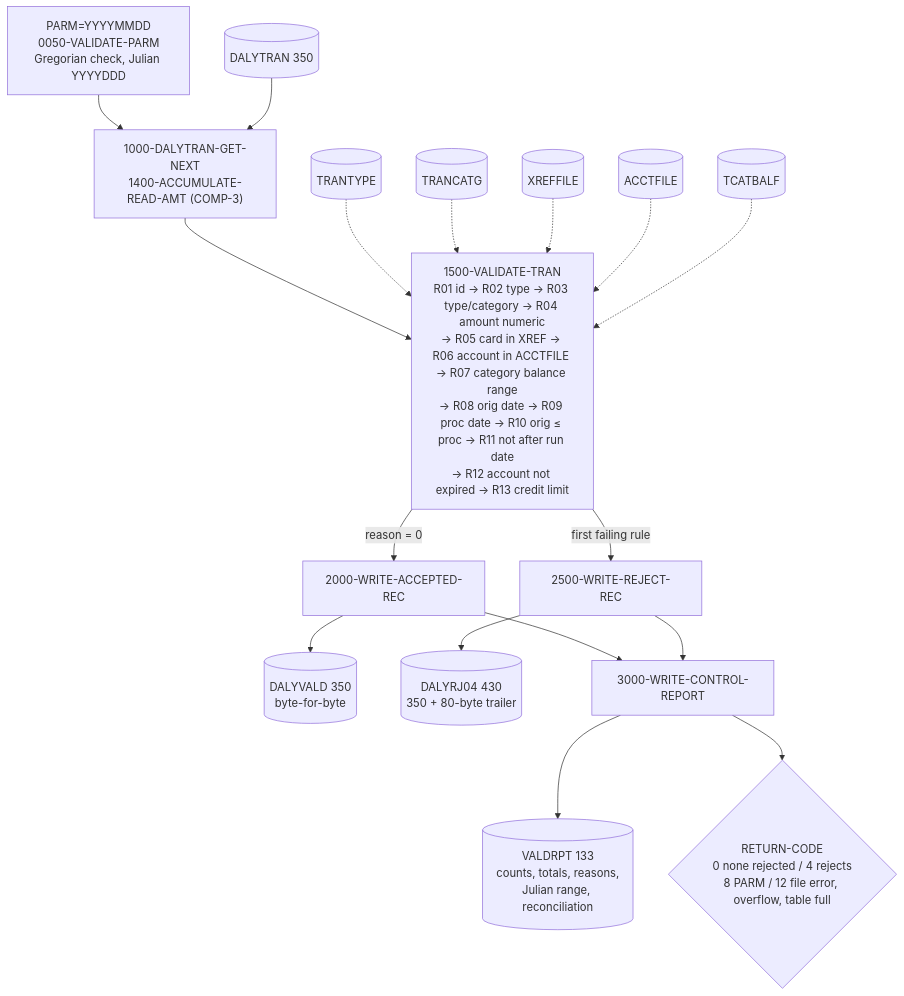
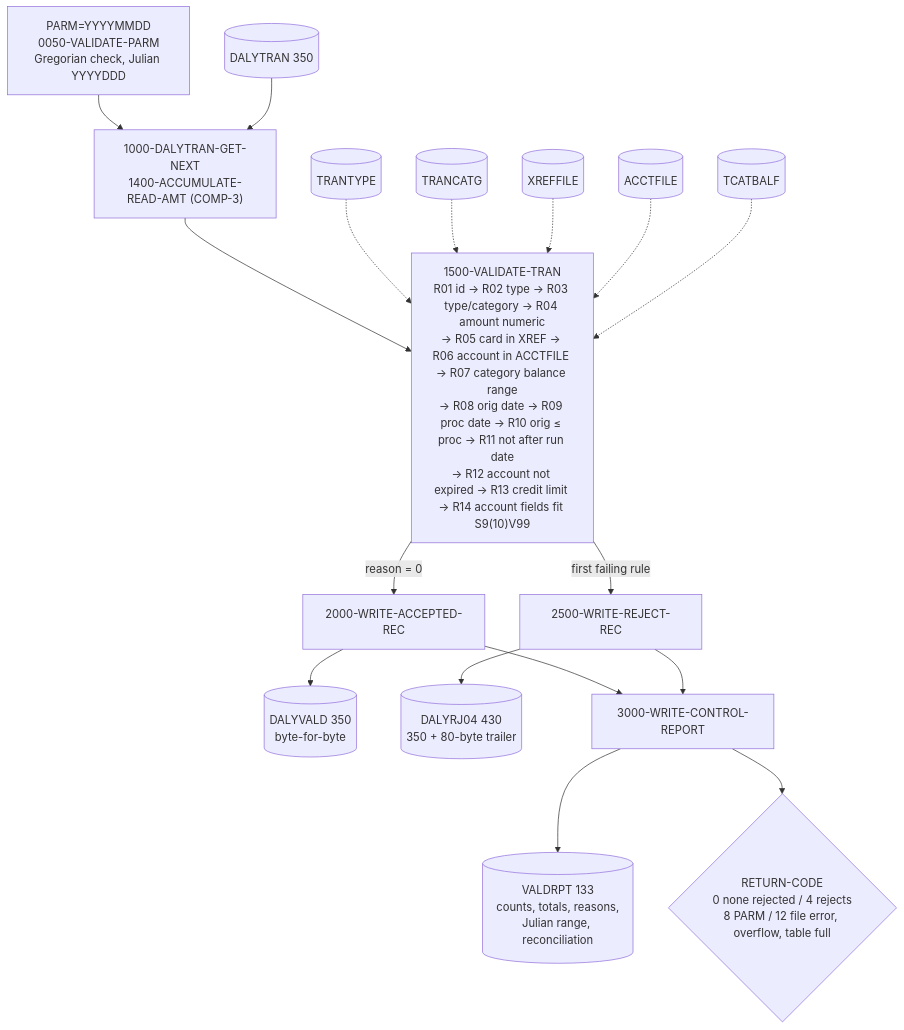
Before and after one commit to COG-GTM/aws-mainframe-modernization-carddemo: the diagram in docs/sustainment/cbtrn04c/change-request.md, drawn with Mermaid. The commit also changed other lines of this file and 107 other files, not shown here.

First line of the commit message:
CBTRN04C: reject amounts whose posting would overflow account fields (reason 0210)

````diff
--- a/docs/sustainment/cbtrn04c/change-request.md
+++ b/docs/sustainment/cbtrn04c/change-request.md
@@ -68,17 +72,17 @@
 ```mermaid
 flowchart TD
     P["PARM=YYYYMMDD<br/>0050-VALIDATE-PARM<br/>Gregorian check, Julian YYYYDDD"] --> R
     D[(DALYTRAN 350)] --> R["1000-DALYTRAN-GET-NEXT<br/>1400-ACCUMULATE-READ-AMT (COMP-3)"]
-    R --> V["1500-VALIDATE-TRAN<br/>R01 id → R02 type → R03 type/category → R04 amount numeric<br/>→ R05 card in XREF → R06 account in ACCTFILE → R07 category balance range<br/>→ R08 orig date → R09 proc date → R10 orig ≤ proc → R11 not after run date<br/>→ R12 account not expired → R13 credit limit"]
+    R --> V["1500-VALIDATE-TRAN<br/>R01 id → R02 type → R03 type/category → R04 amount numeric<br/>→ R05 card in XREF → R06 account in ACCTFILE → R07 category balance range<br/>→ R08 orig date → R09 proc date → R10 orig ≤ proc → R11 not after run date<br/>→ R12 account not expired → R13 credit limit → R14 account fields fit S9(10)V99"]
     T[(TRANTYPE)] -.-> V
     C[(TRANCATG)] -.-> V
     X[(XREFFILE)] -.-> V
     AC[(ACCTFILE)] -.-> V
     B[(TCATBALF)] -.-> V
     V -->|reason = 0| A["2000-WRITE-ACCEPTED-REC"] --> DV[(DALYVALD 350<br/>byte-for-byte)]
     V -->|first failing rule| J["2500-WRITE-REJECT-REC"] --> DJ[(DALYRJ04 430<br/>350 + 80-byte trailer)]
     A --> S["3000-WRITE-CONTROL-REPORT"]
     J --> S
     S --> RP[(VALDRPT 133<br/>counts, totals, reasons,<br/>Julian range, reconciliation)]
     S --> RC{"RETURN-CODE<br/>0 none rejected / 4 rejects<br/>8 PARM / 12 file error, overflow, table full"}
 ```
````
